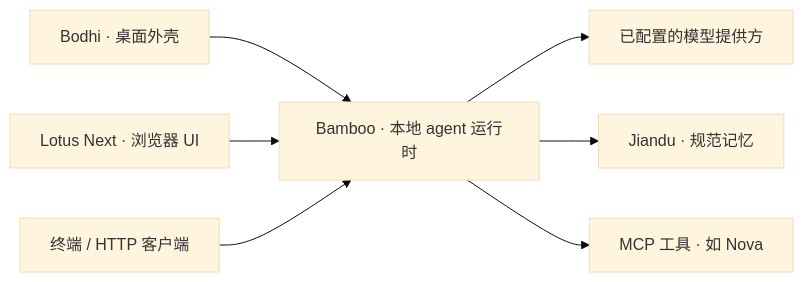
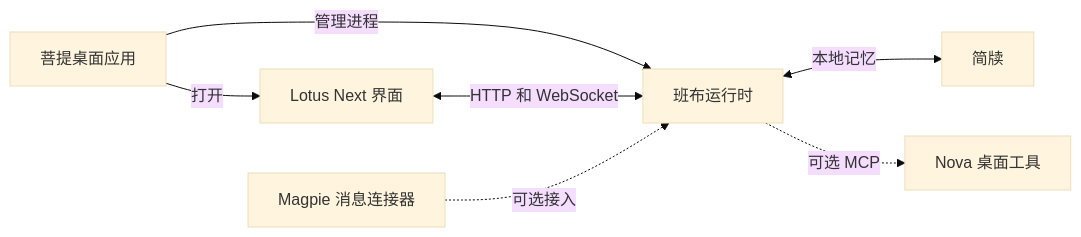
One commit to bigduu/Bamboo-agent changed the fourth of 4 diagrams in README.zh-CN.md. Above: the diagram before and after it, drawn with Mermaid (base theme). The commit also changed other lines of this file and 8 other files, not shown here.

Commit message:
docs: refresh Bamboo readmes and architecture guides

````diff
--- a/README.zh-CN.md
+++ b/README.zh-CN.md
@@ -166,9 +102,9 @@
 ```mermaid
 flowchart LR
-  Bodhi["Bodhi · 桌面外壳"] --> Bamboo["Bamboo · 本地 agent 运行时"]
-  Lotus["Lotus Next · 浏览器 UI"] --> Bamboo
-  CLI["终端 / HTTP 客户端"] --> Bamboo
-  Bamboo --> Provider["已配置的模型提供方"]
-  Bamboo --> Jiandu["Jiandu · 规范记忆"]
-  Bamboo --> MCP["MCP 工具 · 如 Nova"]
+    Bodhi["菩提桌面应用"] -->|打开| Lotus["Lotus Next 界面"]
+    Bodhi -->|管理进程| Bamboo["班布运行时"]
+    Lotus <-->|HTTP 和 WebSocket| Bamboo
+    Bamboo <-->|本地记忆| Jiandu["简牍"]
+    Bamboo -.->|可选 MCP| Nova["Nova 桌面工具"]
+    Magpie["Magpie 消息连接器"] -.->|可选接入| Bamboo
 ```
````
